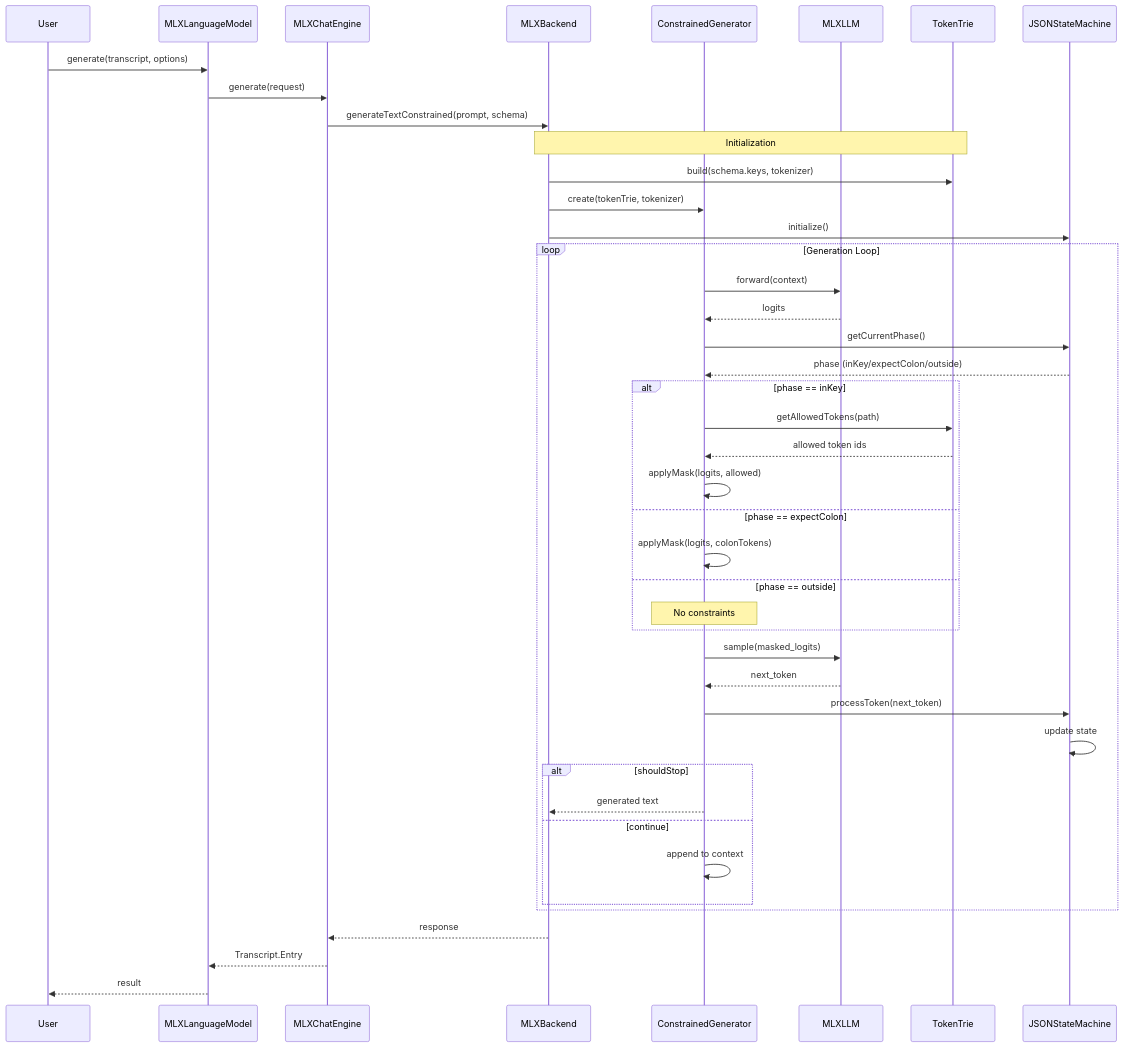
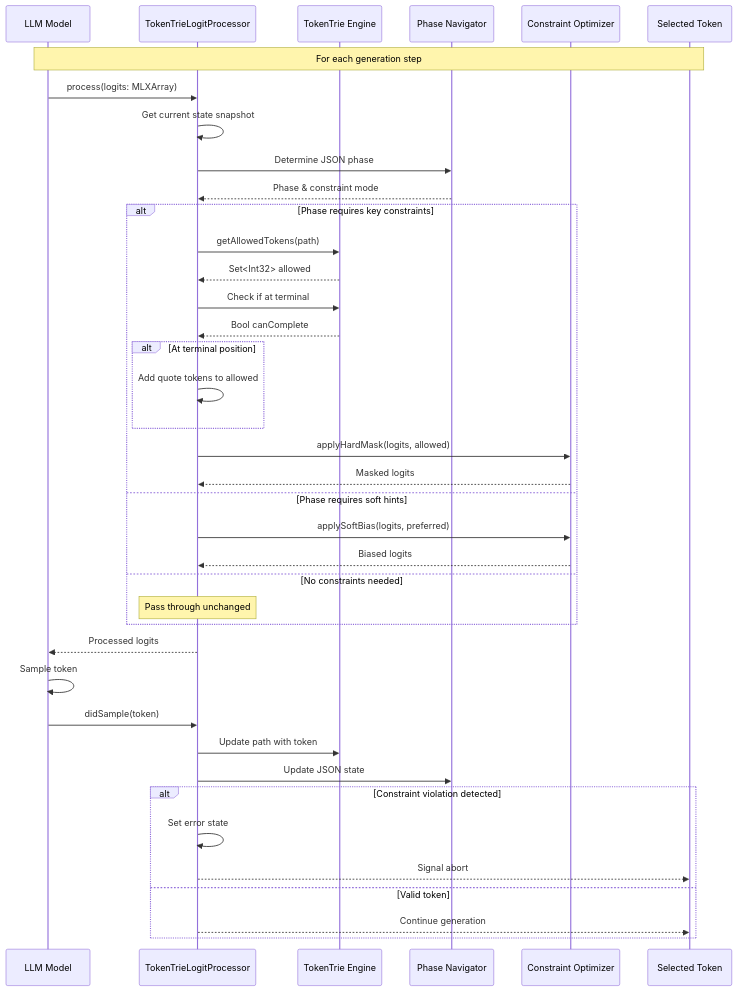
Before and after one commit to 1amageek/OpenFoundationModels-MLX: the second of 2 diagrams in CLAUDE.md, drawn with Mermaid. The commit also changed other lines of this file and 4 other files, not shown here.

Commit message:
Refactor project to implement ADAPT for JSON generation

````diff
--- a/CLAUDE.md
+++ b/CLAUDE.md
@@ -139,54 +271,50 @@
 ```mermaid
 sequenceDiagram
-    participant User
-    participant LM as MLXLanguageModel
-    participant CE as MLXChatEngine
-    participant MB as MLXBackend
-    participant CG as ConstrainedGenerator
-    participant MLX as MLXLLM
-    participant TT as TokenTrie
-    participant JSM as JSONStateMachine
-
-    User->>LM: generate(transcript, options)
-    LM->>CE: generate(request)
-    CE->>MB: generateTextConstrained(prompt, schema)
+    participant Model as LLM Model
+    participant TLP as TokenTrieLogitProcessor
+    participant TTE as TokenTrie Engine
+    participant PAN as Phase Navigator
+    participant CO as Constraint Optimizer
+    participant Token as Selected Token
     
-    Note over MB,TT: Initialization
-    MB->>TT: build(schema.keys, tokenizer)
-    MB->>CG: create(tokenTrie, tokenizer)
-    MB->>JSM: initialize()
-
-    loop Generation Loop
-        CG->>MLX: forward(context)
-        MLX-->>CG: logits
+    Note over Model,Token: For each generation step
+    
+    Model->>TLP: process(logits: MLXArray)
+    
+    TLP->>TLP: Get current state snapshot
+    TLP->>PAN: Determine JSON phase
+    PAN-->>TLP: Phase & constraint mode
+    
+    alt Phase requires key constraints
+        TLP->>TTE: getAllowedTokens(path)
+        TTE-->>TLP: Set<Int32> allowed
+        TLP->>TTE: Check if at terminal
+        TTE-->>TLP: Bool canComplete
         
-        CG->>JSM: getCurrentPhase()
-        JSM-->>CG: phase (inKey/expectColon/outside)
-        
-        alt phase == inKey
-            CG->>TT: getAllowedTokens(path)
-            TT-->>CG: allowed token ids
-            CG->>CG: applyMask(logits, allowed)
-        else phase == expectColon
-            CG->>CG: applyMask(logits, colonTokens)
-        else phase == outside
-            Note over CG: No constraints
+        alt At terminal position
+            TLP->>TLP: Add quote tokens to allowed
         end
         
-        CG->>MLX: sample(masked_logits)
-        MLX-->>CG: next_token
-        
-        CG->>JSM: processToken(next_token)
-        JSM->>JSM: update state
-        
-        alt shouldStop
-            CG-->>MB: generated text
-        else continue
-            CG->>CG: append to context
-        end
+        TLP->>CO: applyHardMask(logits, allowed)
+        CO-->>TLP: Masked logits
+    else Phase requires soft hints
+        TLP->>CO: applySoftBias(logits, preferred)
+        CO-->>TLP: Biased logits
+    else No constraints needed
+        Note over TLP: Pass through unchanged
     end
-
-    MB-->>CE: response
-    CE-->>LM: Transcript.Entry
-    LM-->>User: result
+    
+    TLP-->>Model: Processed logits
+    Model->>Model: Sample token
+    Model->>TLP: didSample(token)
+    
+    TLP->>TTE: Update path with token
+    TLP->>PAN: Update JSON state
+    
+    alt Constraint violation detected
+        TLP->>TLP: Set error state
+        TLP-->>Token: Signal abort
+    else Valid token
+        TLP-->>Token: Continue generation
+    end
 ```
````
